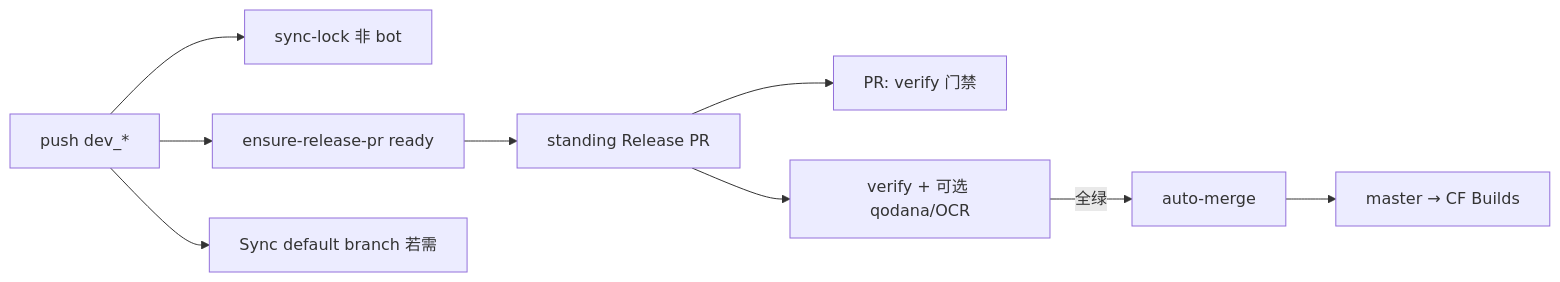
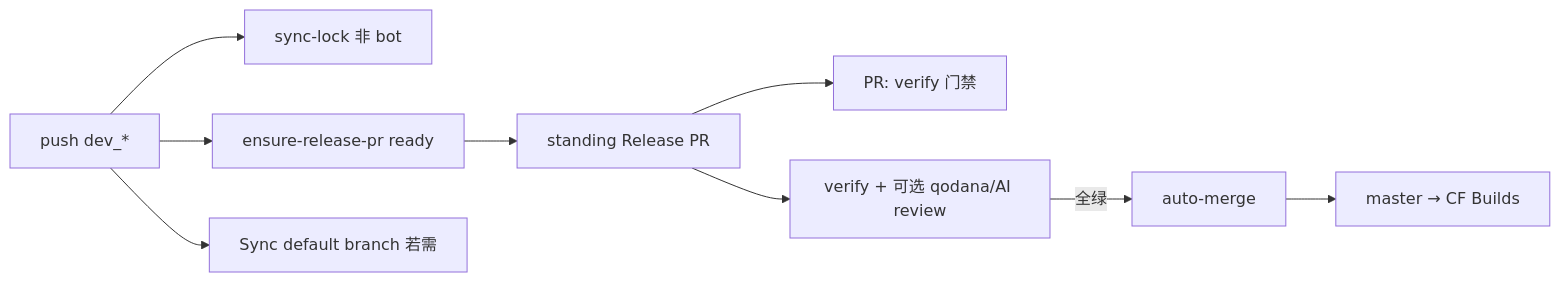
The diagram in docs/release-pr-ci.md (workers-world/worker-actions), drawn with Mermaid before and after one commit. The commit also changed other lines of this file and 33 other files, not shown here.

First line of the commit message:
Deprecate OCR; add self-hosted AI PR review MVP

````diff
--- a/docs/release-pr-ci.md
+++ b/docs/release-pr-ci.md
@@ -9,11 +9,11 @@
 ```mermaid
 flowchart LR
   push[push dev_*] --> syncLock[sync-lock 非 bot]
   push --> ensure[ensure-release-pr ready]
   push --> syncWf[Sync default branch 若需]
   ensure --> releasePR[standing Release PR]
   releasePR --> prCi[PR: verify 门禁]
-  releasePR --> gate[verify + 可选 qodana/OCR]
+  releasePR --> gate[verify + 可选 qodana/AI review]
   gate -->|全绿| merge[auto-merge]
   merge --> master[master → CF Builds]
 ```
````
